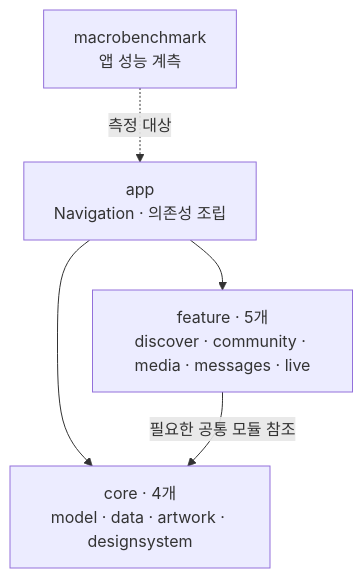
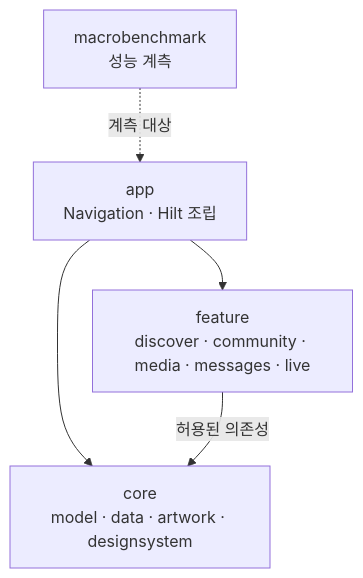
One commit to CodingBot000/fanstage-android-ai-harness changed the diagram in README.md. Above: the diagram before and after it, drawn with Mermaid. The commit also changed other lines of this file and 4 other files, not shown here.

Commit message:
docs: refine Android demos, architecture, and verification

````diff
--- a/README.md
+++ b/README.md
@@ -15,12 +59,11 @@
 ```mermaid
 flowchart TB
-    APP["app<br/>Navigation · 의존성 조립"]
-    FEATURE["feature · 5개<br/>discover · community · media · messages · live"]
-    CORE["core · 4개<br/>model · data · artwork · designsystem"]
-    BENCH["macrobenchmark<br/>앱 성능 계측"]
-
+    APP["app<br/>Navigation · Hilt 조립"]
+    FEATURE["feature<br/>discover · community · media · messages · live"]
+    CORE["core<br/>model · data · artwork · designsystem"]
+    BENCH["macrobenchmark<br/>성능 계측"]
     APP --> FEATURE
     APP --> CORE
-    FEATURE -->|"필요한 공통 모듈 참조"| CORE
-    BENCH -.->|"측정 대상"| APP
+    FEATURE -->|"허용된 의존성"| CORE
+    BENCH -.->|"계측 대상"| APP
 ```
````
